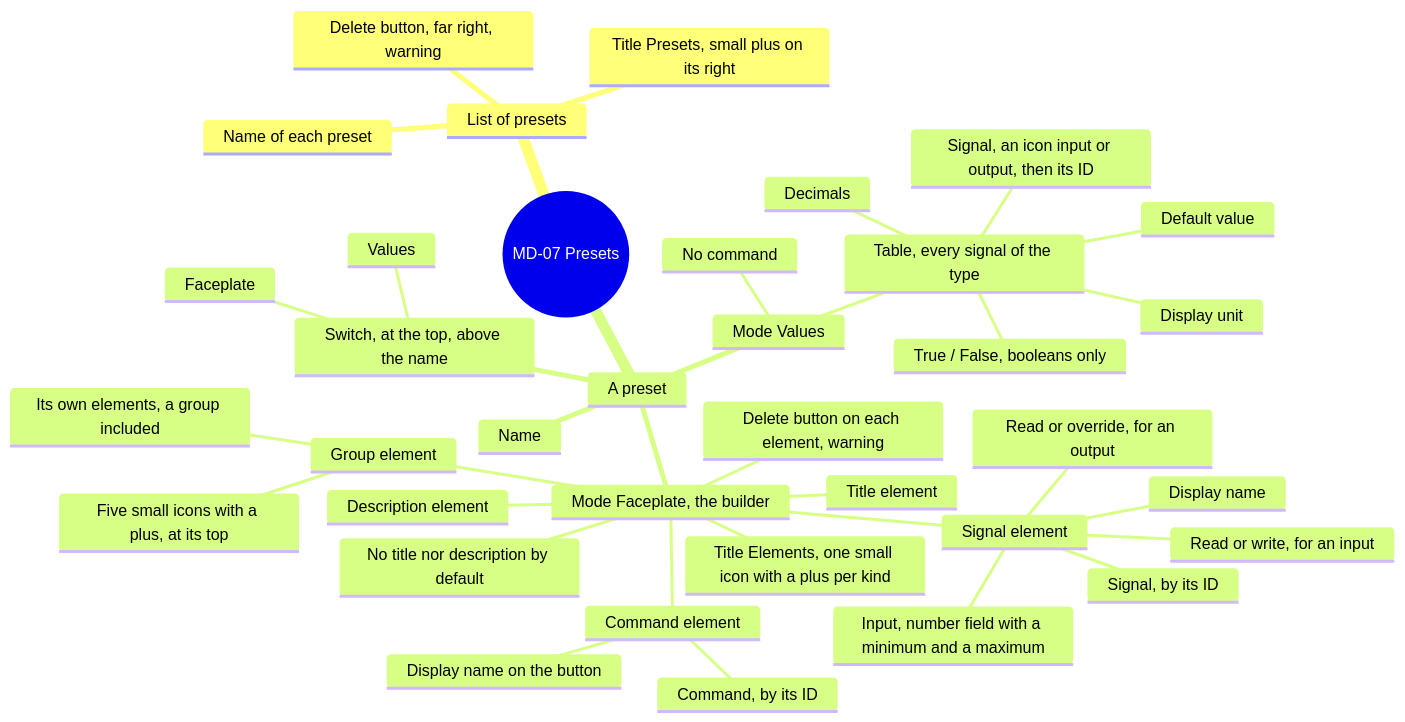
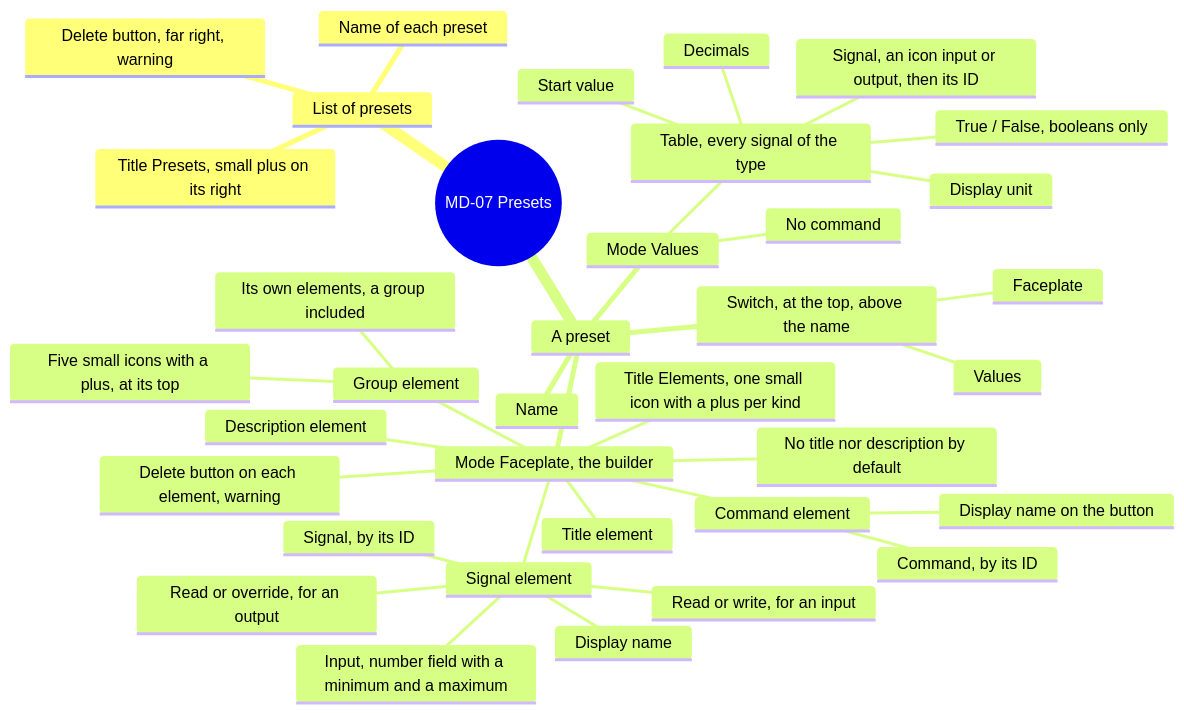
Before and after one commit to AlexandreGallais/synoptic-studio-spec: diagram 12 of 16 in screens/metadata.md, drawn with Mermaid. The commit also changed other lines of this file and 19 other files, not shown here.

First line of the commit message:
docs: confirm designation and rename default_value to start_value

````diff
--- a/screens/metadata.md
+++ b/screens/metadata.md
@@ -363,39 +363,39 @@
 ```mermaid
 mindmap
   root((MD-07 Presets))
     List of presets
       Title Presets, small plus on its right
       Name of each preset
       Delete button, far right, warning
     A preset
       Switch, at the top, above the name
         Values
         Faceplate
       Name
       Mode Values
         Table, every signal of the type
           Signal, an icon input or output, then its ID
           Display unit
           Decimals
           True / False, booleans only
-          Default value
+          Start value
         No command
       Mode Faceplate, the builder
         No title nor description by default
         Title Elements, one small icon with a plus per kind
         Signal element
           Signal, by its ID
           Display name
           Input, number field with a minimum and a maximum
           Read or write, for an input
           Read or override, for an output
         Command element
           Command, by its ID
           Display name on the button
         Title element
         Description element
         Group element
           Five small icons with a plus, at its top
           Its own elements, a group included
         Delete button on each element, warning
 ```
````
